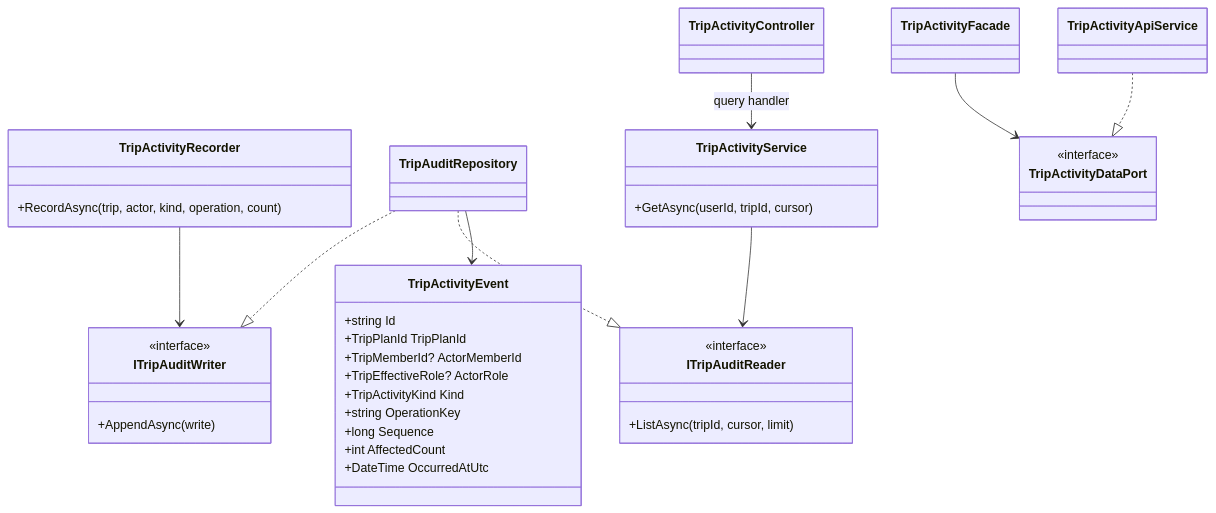
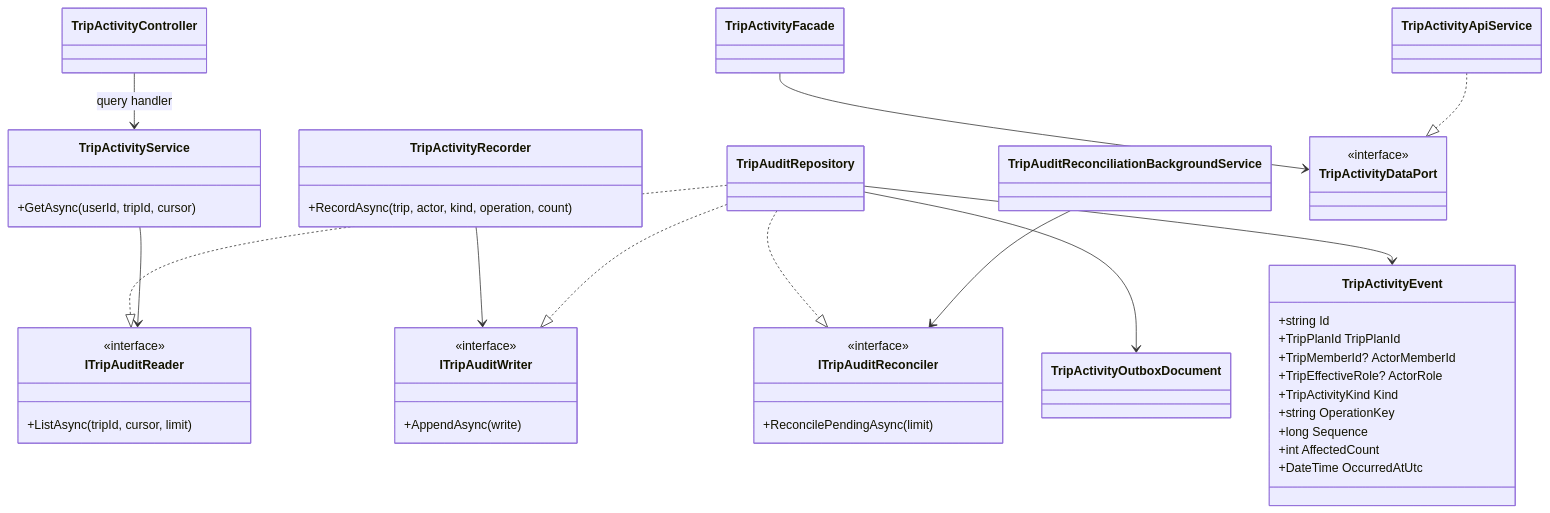
Before and after one commit to Ced59/AmusementParkProject: the first of 4 diagrams in docs/architecture/product-growth-trip-10-audit-concurrency-2026-09-18.md, drawn with Mermaid. The commit also changed other lines of this file and 20 other files, not shown here.

Commit message:
fix(trips): make activity audit resilient

````diff
--- a/docs/architecture/product-growth-trip-10-audit-concurrency-2026-09-18.md
+++ b/docs/architecture/product-growth-trip-10-audit-concurrency-2026-09-18.md
@@ -49,44 +49,53 @@
 ```mermaid
 classDiagram
     class TripActivityEvent {
       +string Id
       +TripPlanId TripPlanId
       +TripMemberId? ActorMemberId
       +TripEffectiveRole? ActorRole
       +TripActivityKind Kind
       +string OperationKey
       +long Sequence
       +int AffectedCount
       +DateTime OccurredAtUtc
     }
     class TripActivityRecorder {
       +RecordAsync(trip, actor, kind, operation, count)
     }
     class ITripAuditWriter {
       <<interface>>
       +AppendAsync(write)
     }
     class ITripAuditReader {
       <<interface>>
       +ListAsync(tripId, cursor, limit)
     }
+    class ITripAuditReconciler {
+      <<interface>>
+      +ReconcilePendingAsync(limit)
+    }
+    class TripActivityOutboxDocument
+    class TripAuditReconciliationBackgroundService
     class TripAuditRepository
     class TripActivityService {
       +GetAsync(userId, tripId, cursor)
     }
     class TripActivityController
     class TripActivityFacade
     class TripActivityDataPort {
       <<interface>>
     }
     class TripActivityApiService
 
     TripActivityRecorder --> ITripAuditWriter
     TripAuditRepository ..|> ITripAuditWriter
     TripAuditRepository ..|> ITripAuditReader
+    TripAuditRepository ..|> ITripAuditReconciler
+    TripAuditRepository --> TripActivityOutboxDocument
     TripAuditRepository --> TripActivityEvent
+    TripAuditReconciliationBackgroundService --> ITripAuditReconciler
     TripActivityService --> ITripAuditReader
     TripActivityController --> TripActivityService : query handler
     TripActivityFacade --> TripActivityDataPort
     TripActivityApiService ..|> TripActivityDataPort
 ```
````
